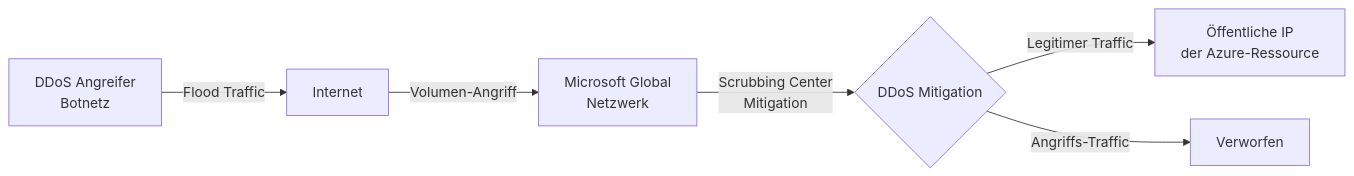
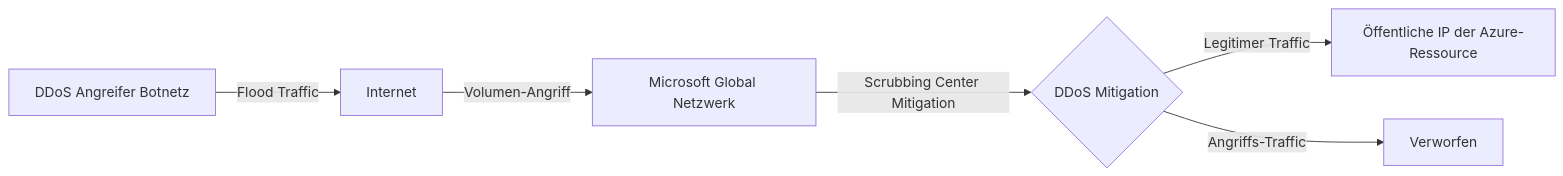
One commit to SoniiiT/notes-n-docs changed the first of 5 diagrams in Microsoft 365/Azure/Netzwerk/Azure DDoS Protection.md. Above: the diagram before and after it, drawn with Mermaid. The commit also changed other lines of this file and 124 other files, not shown here.

First line of the commit message:
fix: Entferne \n aus allen Mermaid-Diagrammen (125 Dateien)

````diff
--- a/Microsoft 365/Azure/Netzwerk/Azure DDoS Protection.md
+++ b/Microsoft 365/Azure/Netzwerk/Azure DDoS Protection.md
@@ -29,8 +29,8 @@
 ```mermaid
 graph LR
-    ATTACKER[DDoS Angreifer\nBotnetz] -->|Flood Traffic| INTERNET[Internet]
-    INTERNET -->|Volumen-Angriff| MS_NETWORK[Microsoft Global\nNetzwerk]
-    MS_NETWORK -->|Scrubbing Center\nMitigation| FW{DDoS Mitigation}
-    FW -->|Legitimer Traffic| PUBLIC_IP[Öffentliche IP\nder Azure-Ressource]
+    ATTACKER[DDoS Angreifer Botnetz] -->|Flood Traffic| INTERNET[Internet]
+    INTERNET -->|Volumen-Angriff| MS_NETWORK[Microsoft Global Netzwerk]
+    MS_NETWORK -->|Scrubbing Center Mitigation| FW{DDoS Mitigation}
+    FW -->|Legitimer Traffic| PUBLIC_IP[Öffentliche IP der Azure-Ressource]
     FW -->|Angriffs-Traffic| DROP[Verworfen]
 ```
````
